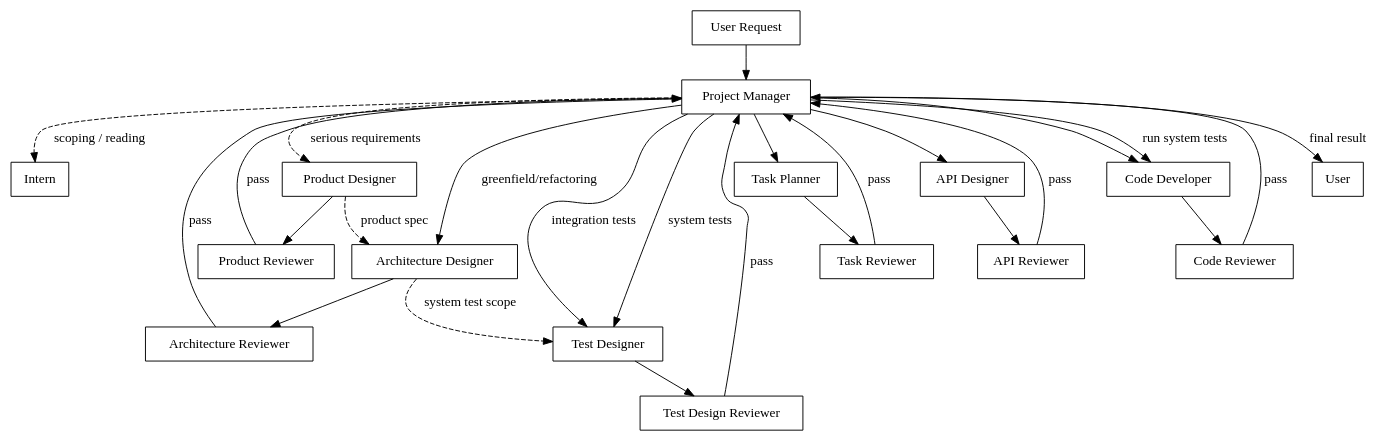
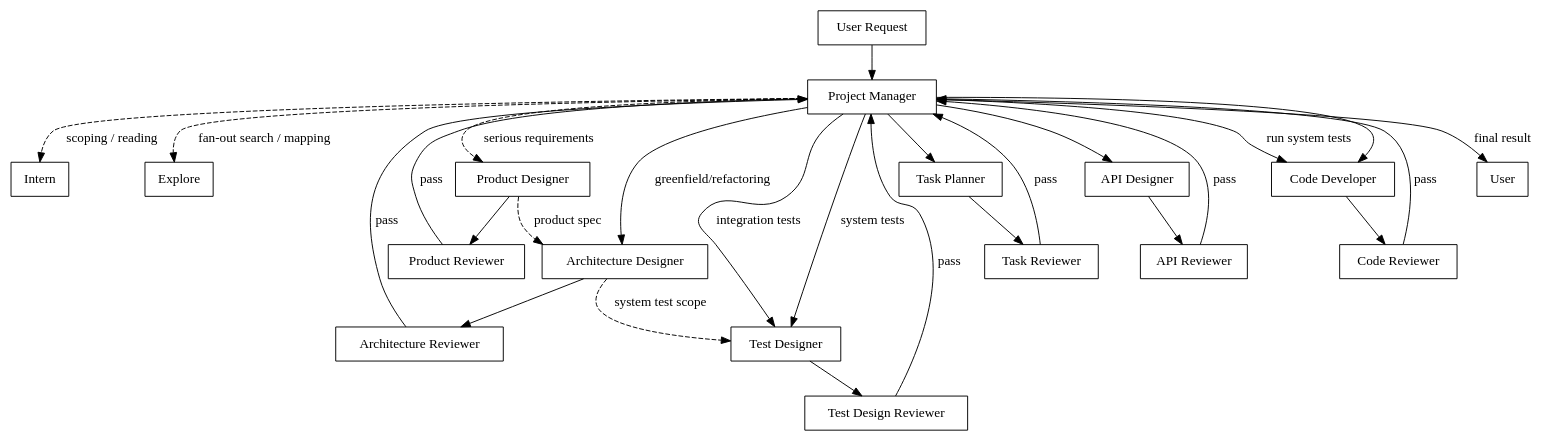
Before and after one commit to Qume2005/development-team: the diagram in skills/development-team/SKILL.md, drawn with Graphviz. The commit also changed other lines of this file and 3 other files, not shown here.

First line of the commit message:
feat(agents,skills): add Explore role for fan-out codebase mapping

````diff
--- a/skills/development-team/SKILL.md
+++ b/skills/development-team/SKILL.md
@@ -91,31 +92,32 @@
 ```dot
 digraph context_flow {
   rankdir=TB;
   node [shape=box];
   "User Request" -> "Project Manager";
   "Project Manager" -> "Intern" [label="scoping / reading", style=dashed];
+  "Project Manager" -> "Explore" [label="fan-out search / mapping", style=dashed];
   "Project Manager" -> "Product Designer" [label="serious requirements", style=dashed];
   "Product Designer" -> "Product Reviewer";
   "Product Reviewer" -> "Project Manager" [label="pass"];
   "Project Manager" -> "Architecture Designer" [label="greenfield/refactoring"];
   "Architecture Designer" -> "Architecture Reviewer";
   "Architecture Reviewer" -> "Project Manager" [label="pass"];
   "Project Manager" -> "Task Planner";
   "Task Planner" -> "Task Reviewer";
   "Task Reviewer" -> "Project Manager" [label="pass"];
   "Project Manager" -> "API Designer";
   "API Designer" -> "API Reviewer";
   "API Reviewer" -> "Project Manager" [label="pass"];
   "Project Manager" -> "Test Designer" [label="integration tests"];
   "Test Designer" -> "Test Design Reviewer";
   "Test Design Reviewer" -> "Project Manager" [label="pass"];
   "Project Manager" -> "Code Developer";
   "Code Developer" -> "Code Reviewer";
   "Code Reviewer" -> "Project Manager" [label="pass"];
   "Project Manager" -> "Test Designer" [label="system tests"];
   "Project Manager" -> "Code Developer" [label="run system tests"];
   "Project Manager" -> "User" [label="final result"];
   "Architecture Designer" -> "Test Designer" [label="system test scope", style=dashed];
   "Product Designer" -> "Architecture Designer" [label="product spec", style=dashed];
 }
 ```
````
